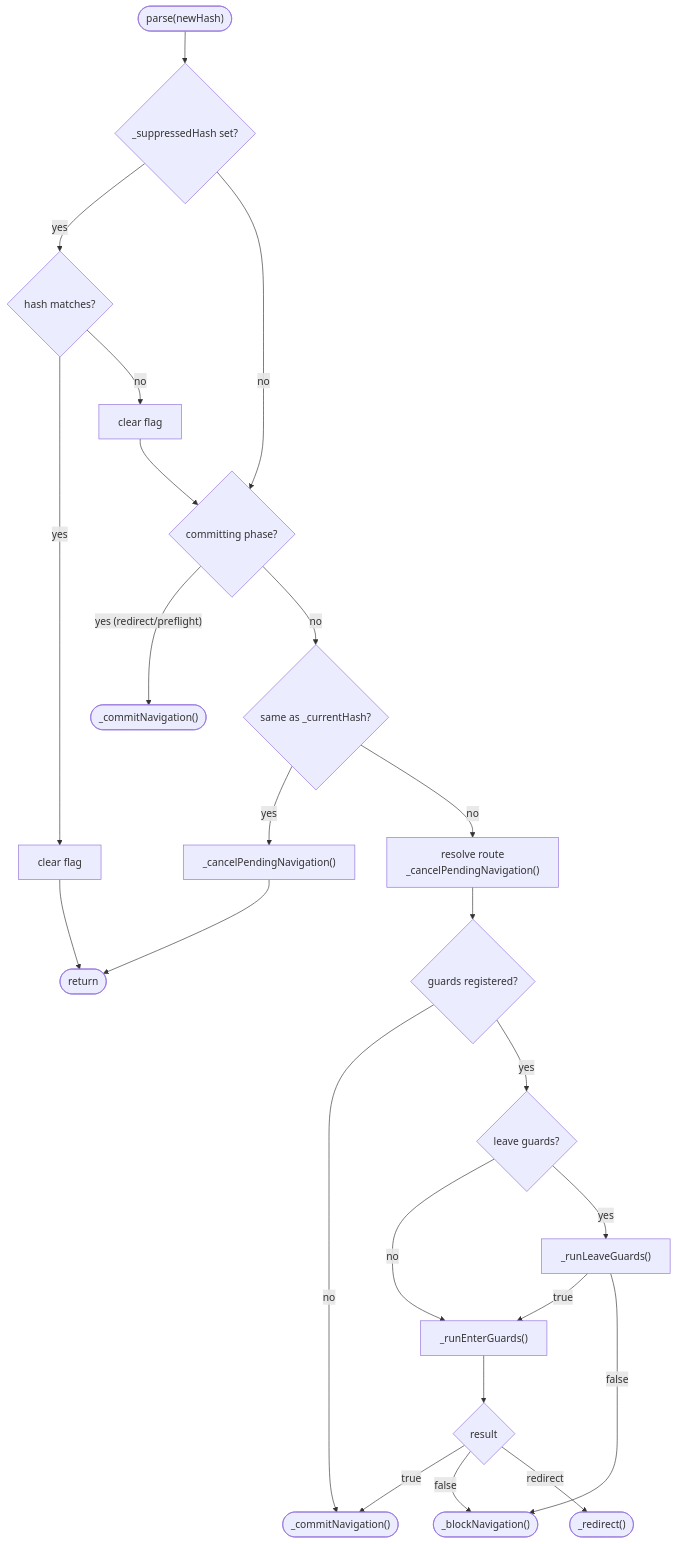
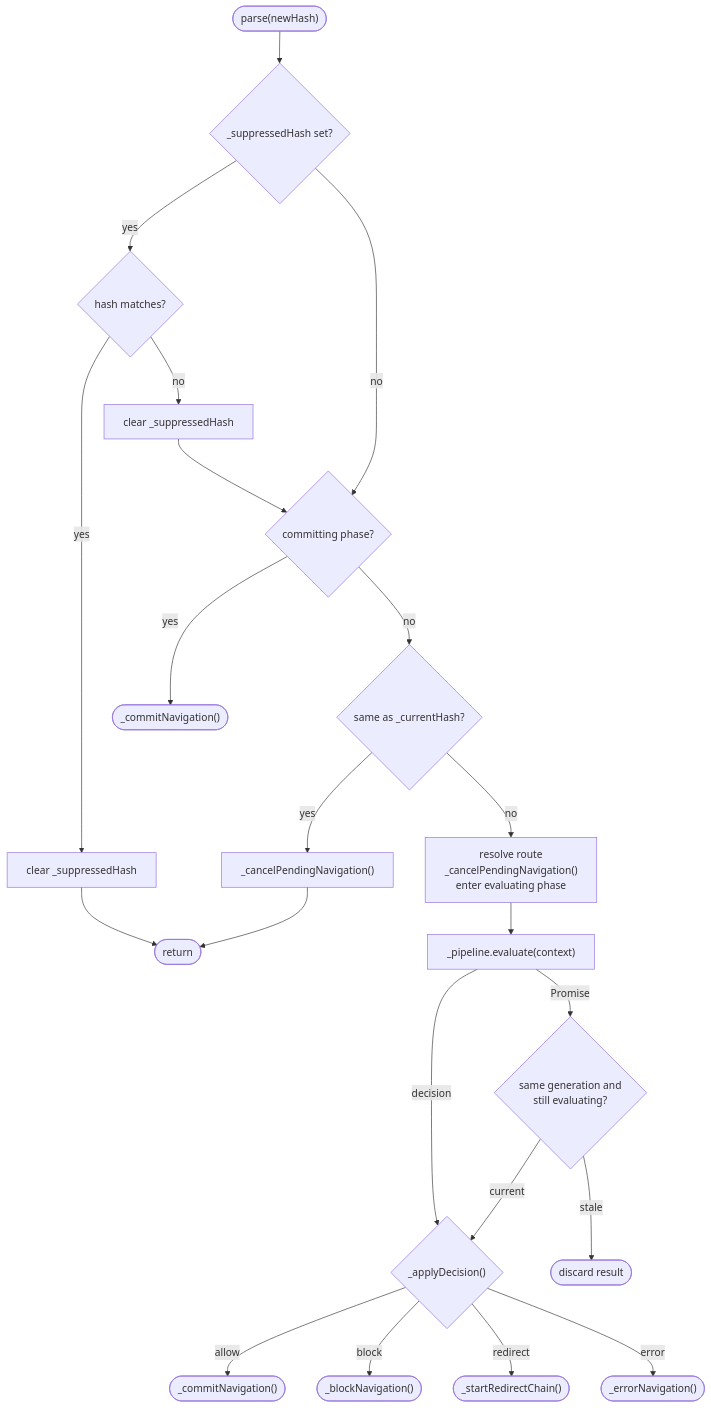
One commit to wridgeu/ui5-lib-guard-router changed the first of 4 diagrams in docs/reference/architecture.md. Above: the diagram before and after it, drawn with Mermaid. The commit also changed other lines of this file and 13 other files, not shown here.

First line of the commit message:
docs: align architecture and feature docs with the current code

````diff
--- a/docs/reference/architecture.md
+++ b/docs/reference/architecture.md
@@ -178,27 +181,23 @@
 ```mermaid
 flowchart TD
     start(["parse(newHash)"]) --> suppress{_suppressedHash set?}
     suppress -- "yes" --> smatch{hash matches?}
-    smatch -- "yes" --> sclear["clear flag"] --> ret(["return"])
-    smatch -- "no" --> sclear2["clear flag"] --> redir
+    smatch -- "yes" --> sclear["clear _suppressedHash"] --> ret(["return"])
+    smatch -- "no" --> sclear2["clear _suppressedHash"] --> redir
     suppress -- "no" --> redir{committing phase?}
-    redir -- "yes (redirect/preflight)" --> bypass(["_commitNavigation()"])
+    redir -- "yes" --> bypass(["_commitNavigation()"])
     redir -- "no" --> samehash{same as _currentHash?}
     samehash -- "yes" --> canceldup["_cancelPendingNavigation()"] --> ret
-    samehash -- "no" --> setup["resolve route<br/>_cancelPendingNavigation()"]
+    samehash -- "no" --> setup["resolve route<br/>_cancelPendingNavigation()<br/>enter evaluating phase"]
 
-    setup --> guards{guards registered?}
-    guards -- "no" --> commit(["_commitNavigation()"])
-    guards -- "yes" --> leave
+    setup --> evaluate["_pipeline.evaluate(context)"]
+    evaluate -- "decision" --> apply{"_applyDecision()"}
+    evaluate -- "Promise" --> stale{"same generation and<br/>still evaluating?"}
+    stale -- "current" --> apply
+    stale -- "stale" --> discard(["discard result"])
 
-    leave{leave guards?}
-    leave -- "no" --> enter
-    leave -- "yes" --> runleave["_runLeaveGuards()"]
-    runleave -- "true" --> enter["_runEnterGuards()"]
-    runleave -- "false" --> block
-
-    enter --> result{result}
-    result -- "true" --> commit
-    result -- "false" --> block(["_blockNavigation()"])
-    result -- "redirect" --> redirect(["_redirect()"])
+    apply -- "allow" --> commit(["_commitNavigation()"])
+    apply -- "block" --> block(["_blockNavigation()"])
+    apply -- "redirect" --> redirect(["_startRedirectChain()"])
+    apply -- "error" --> errornav(["_errorNavigation()"])
 ```
````
